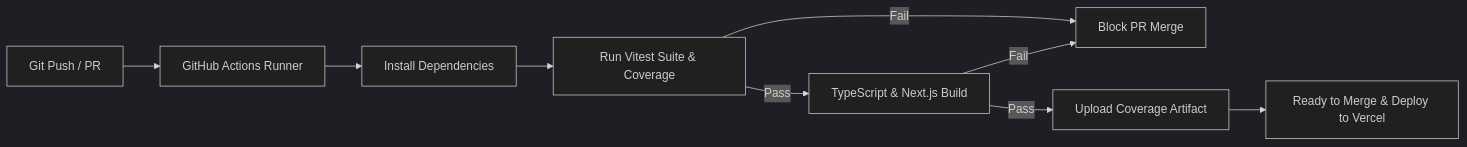
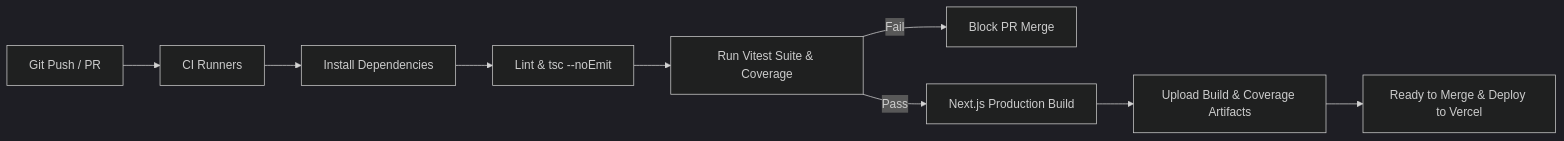
One commit to Thabiso-Thuso/Olympiad-Documentation changed the diagram in docs/Quality Assurance/testing-documentation.md. Above: the diagram before and after it, drawn with Mermaid (dark theme). The commit also changed other lines of this file and 37 other files, not shown here.

````diff
--- a/docs/Quality Assurance/testing-documentation.md
+++ b/docs/Quality Assurance/testing-documentation.md
@@ -116,11 +116,11 @@
 ```mermaid
 flowchart LR
-    A[Git Push / PR] --> B[GitHub Actions Runner]
+    A[Git Push / PR] --> B[CI Runners]
     B --> C[Install Dependencies]
-    C --> D[Run Vitest Suite & Coverage]
-    D -->|Pass| E[TypeScript & Next.js Build]
-    D -->|Fail| X[Block PR Merge]
-    E -->|Pass| F[Upload Coverage Artifact]
-    E -->|Fail| X
-    F --> G[Ready to Merge & Deploy to Vercel]
+    C --> D[Lint & tsc --noEmit]
+    D --> E[Run Vitest Suite & Coverage]
+    E -->|Fail| X[Block PR Merge]
+    E -->|Pass| F[Next.js Production Build]
+    F --> G[Upload Build & Coverage Artifacts]
+    G --> H[Ready to Merge & Deploy to Vercel]
 ```
````
